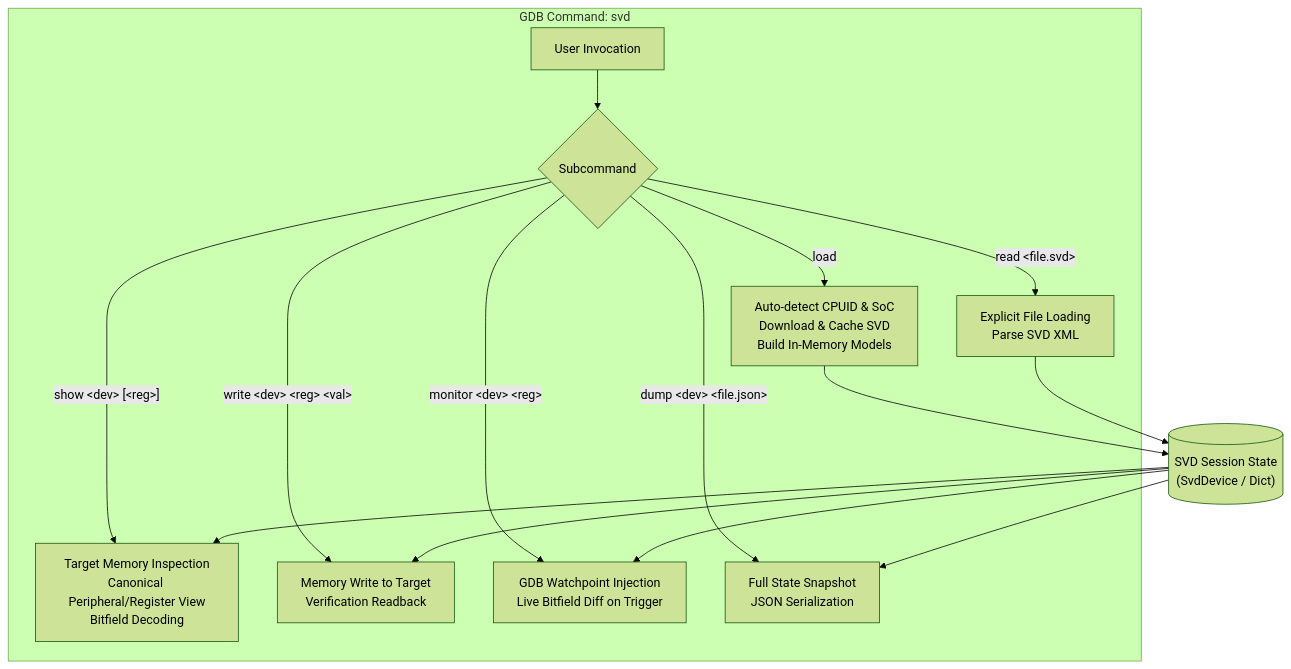
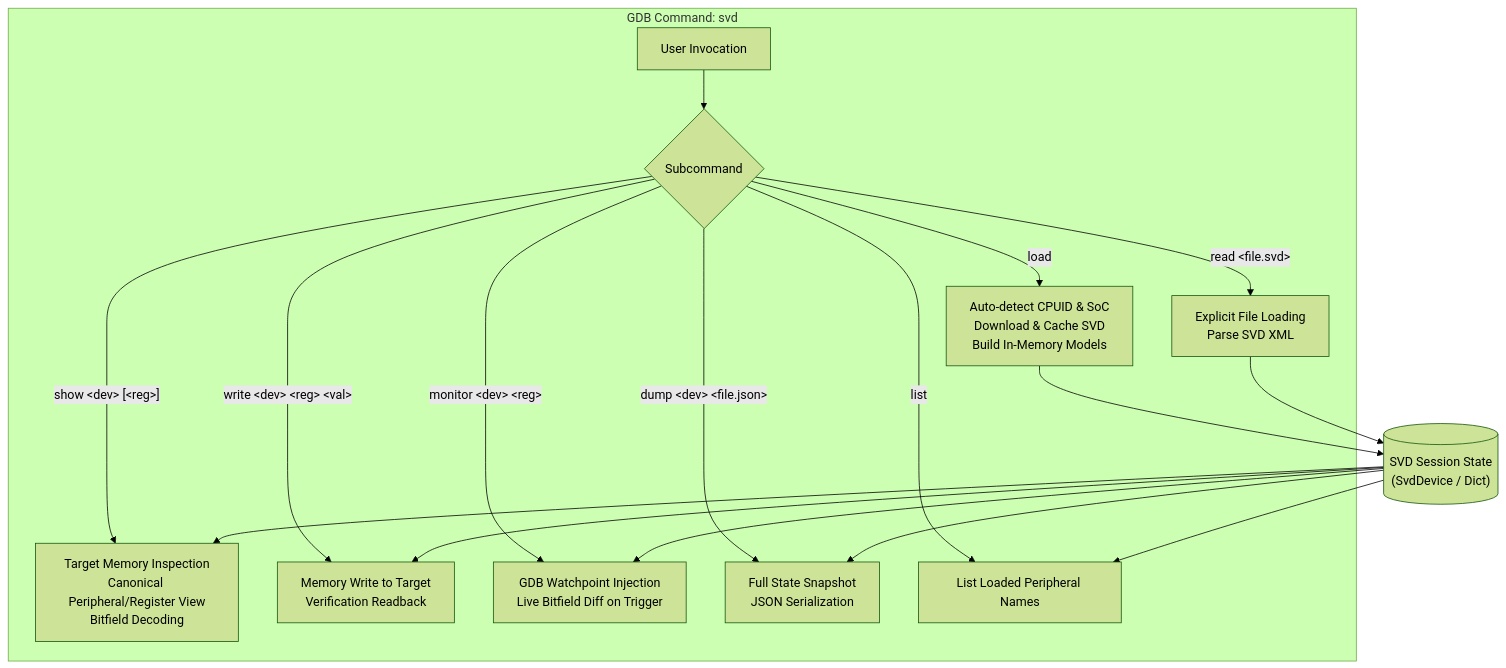
The diagram in doc/svd.md (h2lab/pyGdbToolkit), drawn with Mermaid (forest theme) before and after one commit. The commit also changed other lines of this file and 2 other files, not shown here.

Commit message:
upd,cmd: adding list subcommand to svd

````diff
--- a/doc/svd.md
+++ b/doc/svd.md
@@ -21,18 +21,20 @@
 ```mermaid
 flowchart TD
     subgraph SVD_Command ["GDB Command: svd"]
         A["User Invocation"] --> B{"Subcommand"}
         B -->|"load"| C["Auto-detect CPUID & SoC<br/>Download & Cache SVD<br/>Build In-Memory Models"]
         B -->|"read &lt;file.svd&gt;"| D["Explicit File Loading<br/>Parse SVD XML"]
         B -->|"show &lt;dev&gt; [&lt;reg&gt;]"| E["Target Memory Inspection<br/>Canonical Peripheral/Register View<br/>Bitfield Decoding"]
         B -->|"write &lt;dev&gt; &lt;reg&gt; &lt;val&gt;"| F["Memory Write to Target<br/>Verification Readback"]
         B -->|"monitor &lt;dev&gt; &lt;reg&gt;"| G["GDB Watchpoint Injection<br/>Live Bitfield Diff on Trigger"]
         B -->|"dump &lt;dev&gt; &lt;file.json&gt;"| H["Full State Snapshot<br/>JSON Serialization"]
+        B -->|"list"| J["List Loaded Peripheral Names"]
     end
     C --> I[("SVD Session State<br/>(SvdDevice / Dict)")]
     D --> I
     I --> E
     I --> F
     I --> G
     I --> H
+    I --> J
 ```
````
